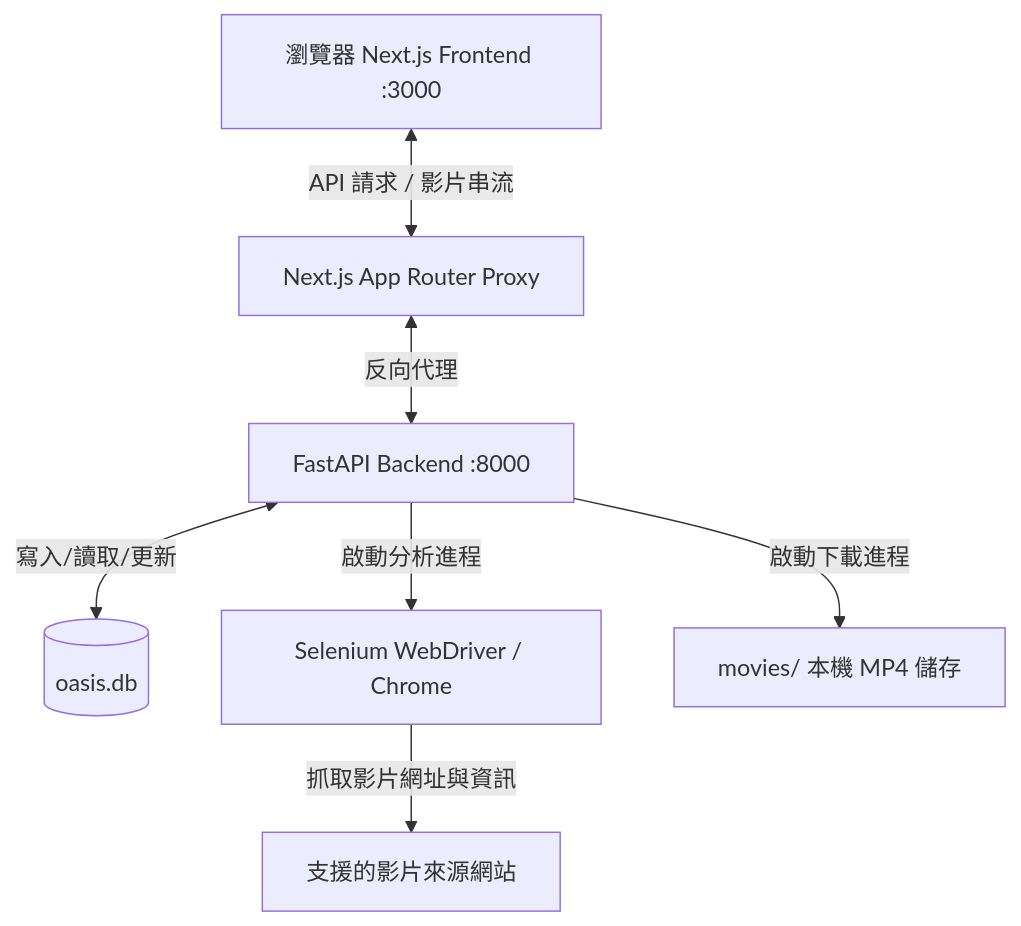
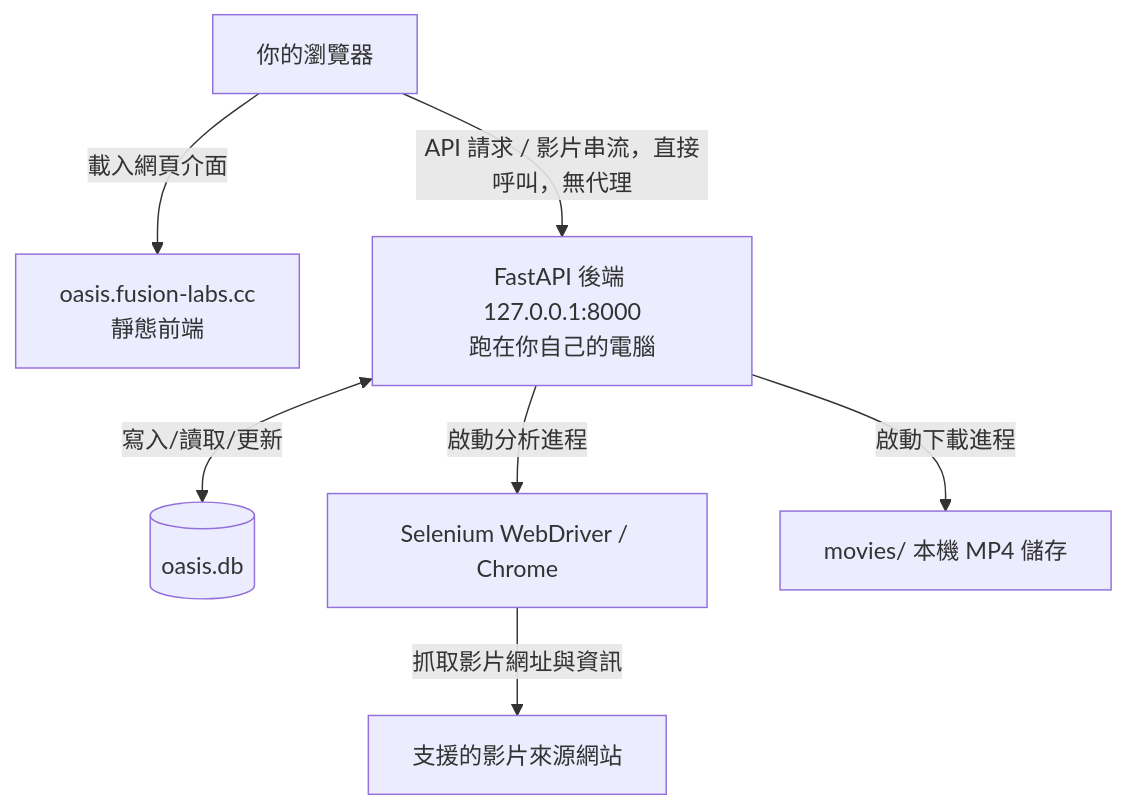
The diagram in README.md (fusion-labs-cc/oasis), drawn with Mermaid before and after one commit. The commit also changed other lines of this file, not shown here.

````diff
--- a/README.md
+++ b/README.md
@@ -27,16 +89,16 @@
 ```mermaid
 graph TD
-    Browser[瀏覽器 Next.js Frontend :3000]
-    NextServer[Next.js App Router Proxy]
-    FastAPI[FastAPI Backend :8000]
+    Site["oasis.fusion-labs.cc<br/>靜態前端"]
+    Browser[你的瀏覽器]
+    FastAPI["FastAPI 後端 127.0.0.1:8000<br/>跑在你自己的電腦"]
     SQLite[(oasis.db)]
     Selenium[Selenium WebDriver / Chrome]
     MoviesDir[movies/ 本機 MP4 儲存]
 
-    Browser <--> |API 請求 / 影片串流| NextServer
-    NextServer <--> |反向代理| FastAPI
+    Browser -- 載入網頁介面 --> Site
+    Browser -- API 請求 / 影片串流，直接呼叫，無代理 --> FastAPI
     FastAPI <--> |寫入/讀取/更新| SQLite
     FastAPI --> |啟動分析進程| Selenium
     FastAPI --> |啟動下載進程| MoviesDir
     Selenium --> |抓取影片網址與資訊| VideoSites[支援的影片來源網站]
 ```
````
